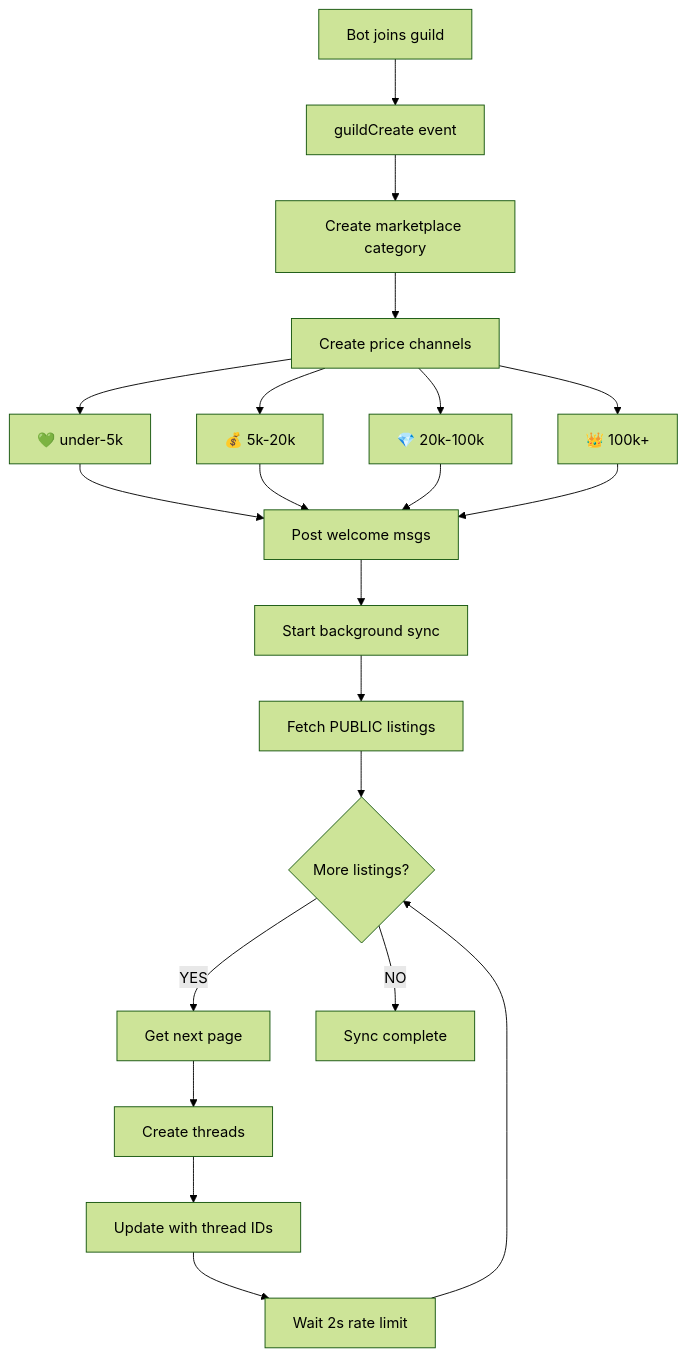
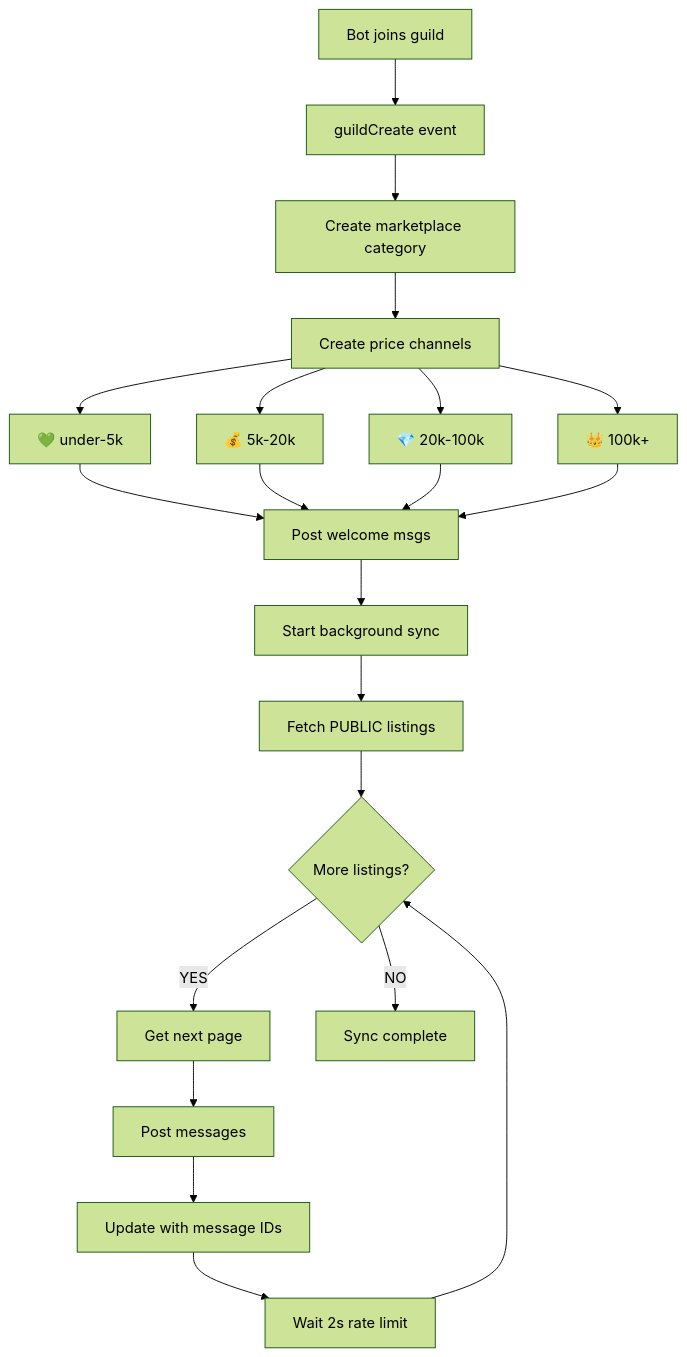
The second of 4 diagrams in apps/discord-bot/FLOW_DIAGRAM.md (lhqezio/bloxtr8), drawn with Mermaid (forest theme) before and after one commit. The commit also changed other lines of this file and 8 other files, not shown here.

````diff
--- a/apps/discord-bot/FLOW_DIAGRAM.md
+++ b/apps/discord-bot/FLOW_DIAGRAM.md
@@ -53,27 +53,27 @@
 ```mermaid
 flowchart TD
     A[Bot joins guild] --> B[guildCreate event]
     B --> C[Create marketplace category]
     C --> D[Create price channels]
     D --> E[💚 under-5k]
     D --> F[💰 5k-20k]
     D --> G[💎 20k-100k]
     D --> H[👑 100k+]
 
     E --> I[Post welcome msgs]
     F --> I
     G --> I
     H --> I
 
     I --> J[Start background sync]
     J --> K[Fetch PUBLIC listings]
     K --> L{More listings?}
 
     L -->|YES| M[Get next page]
-    M --> N[Create threads]
-    N --> O[Update with thread IDs]
+    M --> N[Post messages]
+    N --> O[Update with message IDs]
     O --> P[Wait 2s rate limit]
     P --> L
 
     L -->|NO| Q[Sync complete]
 ```
````
